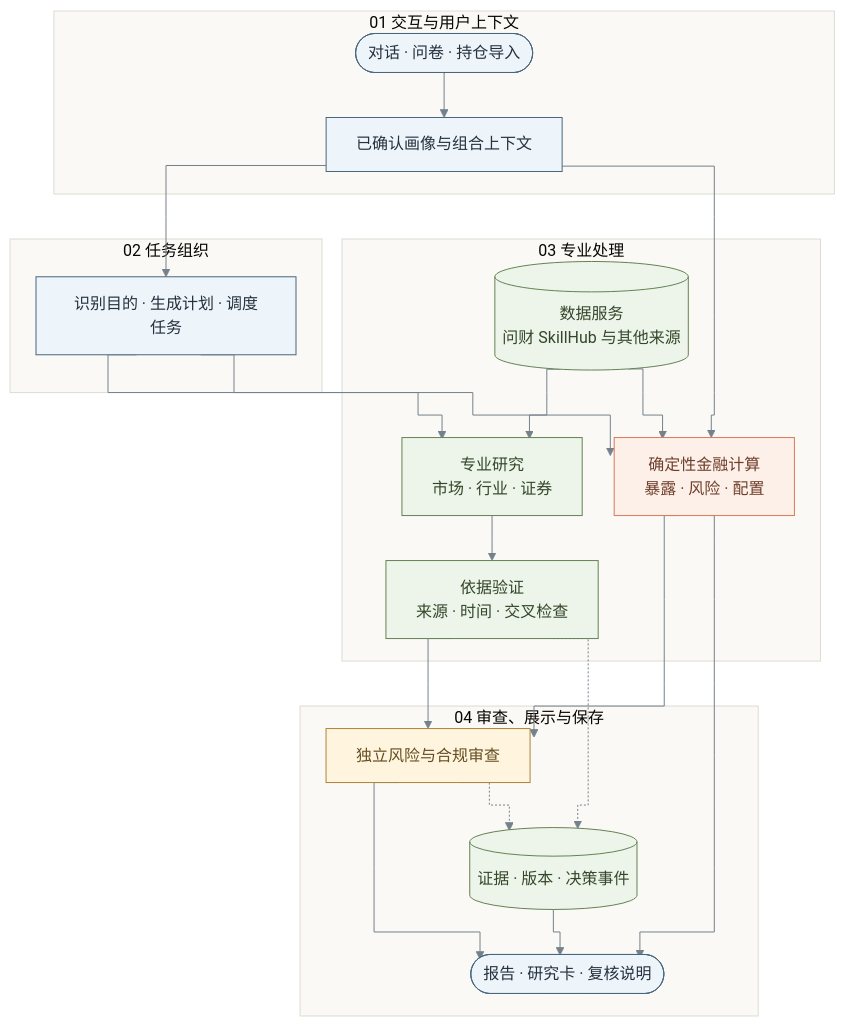
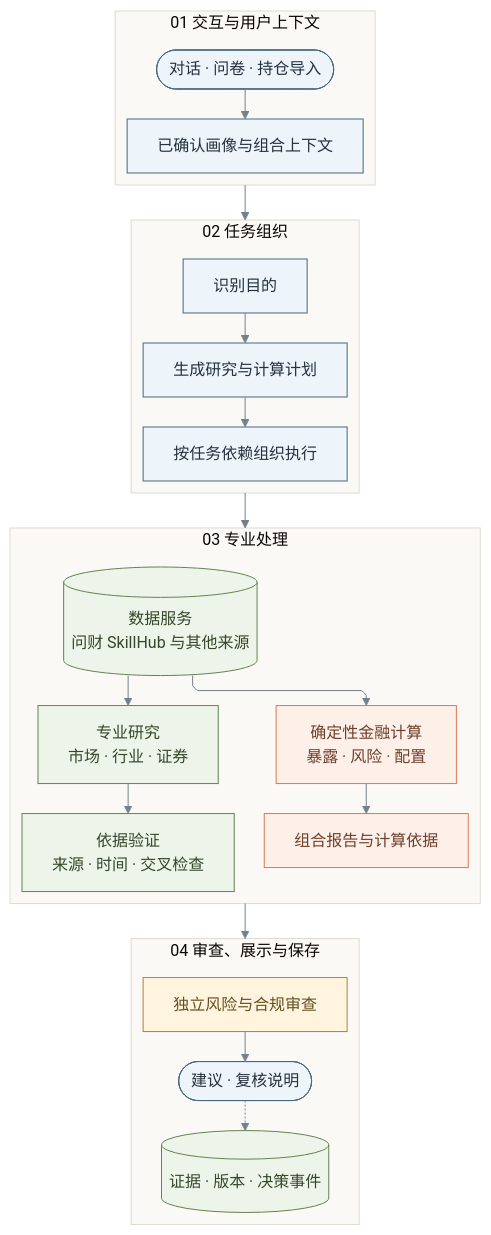
One commit to 1917173927/prism changed the second of 8 diagrams in docs/submission/competition-technical-solution.md. Above: the diagram before and after it, drawn with Mermaid. The commit also changed other lines of this file and 9 other files, not shown here.

Commit message:
docs: 优化技术图的竖向布局与连线

````diff
--- a/docs/submission/competition-technical-solution.md
+++ b/docs/submission/competition-technical-solution.md
@@ -198,35 +208,39 @@
 ```mermaid
-%%{init: {"theme":"base","themeVariables":{"fontFamily":"Microsoft YaHei, sans-serif","lineColor":"#74818b","clusterBkg":"#faf9f6","clusterBorder":"#dedbd2"},"flowchart":{"curve":"stepAfter","nodeSpacing":32,"rankSpacing":45}}}%%
-flowchart TD
+%%{init: {"theme":"base","themeVariables":{"fontFamily":"Microsoft YaHei, sans-serif","lineColor":"#74818b","edgeLabelBackground":"#faf9f6","clusterBkg":"#faf9f6","clusterBorder":"#dedbd2"},"flowchart":{"curve":"linear","nodeSpacing":36,"rankSpacing":48}}}%%
+flowchart-elk TD
     subgraph UI[01 交互与用户上下文]
+    direction TB
     U([对话 · 问卷 · 持仓导入]) --> P[已确认画像与组合上下文]
     end
     subgraph TASK[02 任务组织]
-    P --> O[识别目的 · 生成计划 · 调度任务]
+    direction TB
+    O[识别目的] --> T[生成研究与计算计划]
+    T --> X[按任务依赖组织执行]
     end
     subgraph ENGINE[03 专业处理]
-    O --> R[专业研究<br/>市场 · 行业 · 证券]
-    O --> C[确定性金融计算<br/>暴露 · 风险 · 配置]
+    direction TB
     D[(数据服务<br/>问财 SkillHub 与其他来源)] --> R
     D --> C
+    R[专业研究<br/>市场 · 行业 · 证券]
+    C[确定性金融计算<br/>暴露 · 风险 · 配置]
     R --> E[依据验证<br/>来源 · 时间 · 交叉检查]
-    P --> C
+    C --> K[组合报告与计算依据]
     end
     subgraph RESULT[04 审查、展示与保存]
-    E --> G[独立风险与合规审查]
-    C --> G
-    C --> V([报告 · 研究卡 · 复核说明])
+    direction TB
+    G[独立风险与合规审查]
     G --> V
-    E -.-> S[(证据 · 版本 · 决策事件)]
-    G -.-> S
-    S --> V
+    V([建议 · 复核说明]) -.-> S[(证据 · 版本 · 决策事件)]
     end
+    UI --> TASK
+    TASK --> ENGINE
+    ENGINE --> RESULT
     classDef input fill:#edf4fa,stroke:#49677d,color:#25313d
     classDef compute fill:#fcf0e9,stroke:#dc7958,color:#703e2b
     classDef evidence fill:#edf4e9,stroke:#658254,color:#34472b
     classDef review fill:#fff5df,stroke:#ad8437,color:#654e20
-    class U,P,O,V input
-    class C compute
+    class U,P,O,T,X,V input
+    class C,K compute
     class D,R,E,S evidence
     class G review
 ```
````
